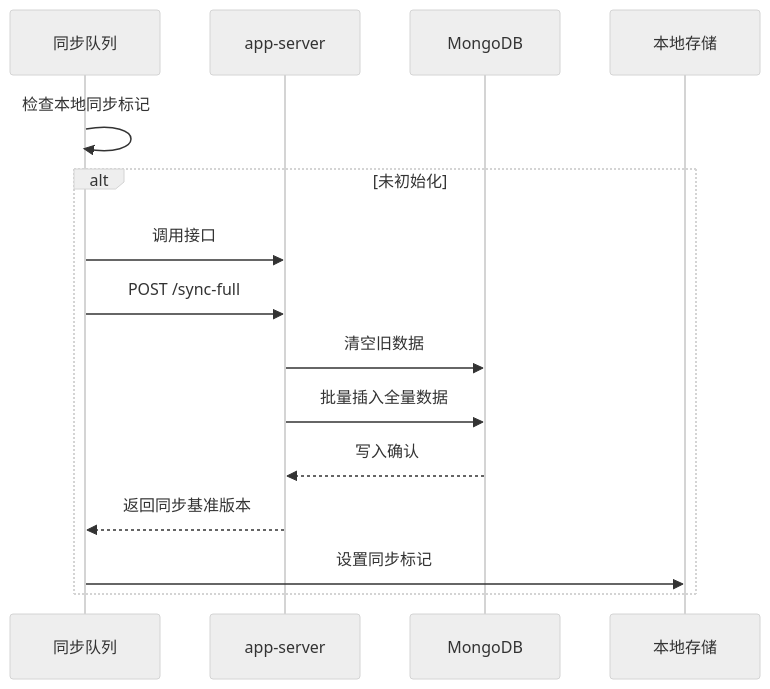
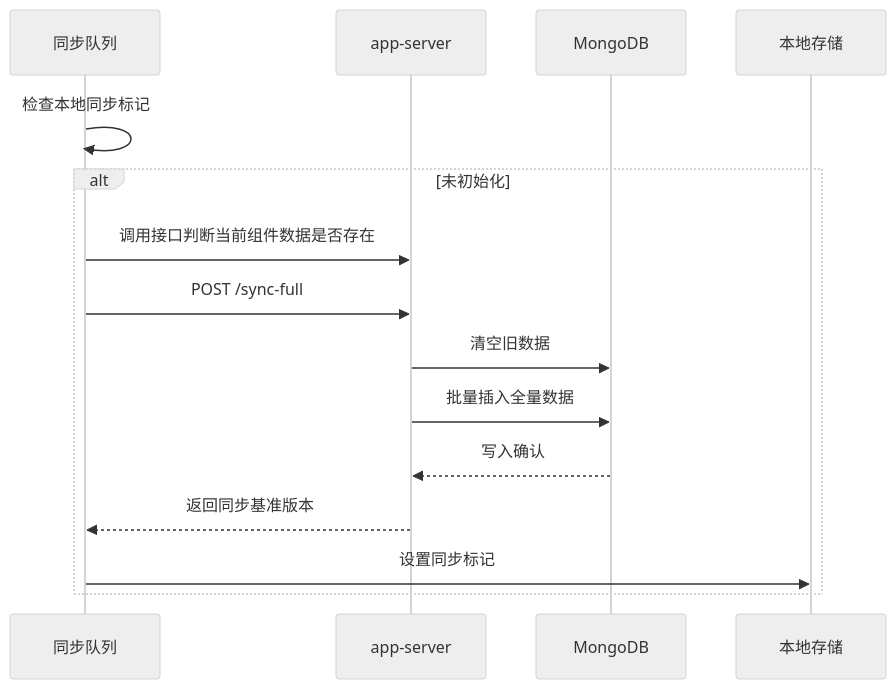
The diagram in all/未命名-24.md (yingjianzh/iodraw-files), drawn with Mermaid (neutral theme) before and after one commit.

Commit message:
2025-02-21 18:25:50 update

````diff
--- a/all/未命名-24.md
+++ b/all/未命名-24.md
@@ -1,17 +1,17 @@
 ```mermaid
 sequenceDiagram
     participant 同步队列
     participant app-server
     participant MongoDB
 
     同步队列->>同步队列: 检查本地同步标记
     alt 未初始化
-        同步队列->>app-server: 调用接口
+        同步队列->>app-server: 调用接口判断当前组件数据是否存在
         同步队列->>app-server: POST /sync-full
         app-server->>MongoDB: 清空旧数据
         app-server->>MongoDB: 批量插入全量数据
         MongoDB-->>app-server: 写入确认
         app-server-->>同步队列: 返回同步基准版本
         同步队列->>本地存储: 设置同步标记
     end
 ```
````
